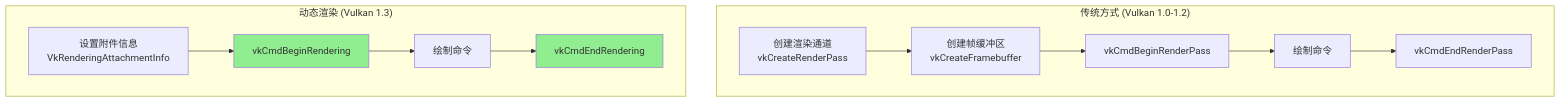
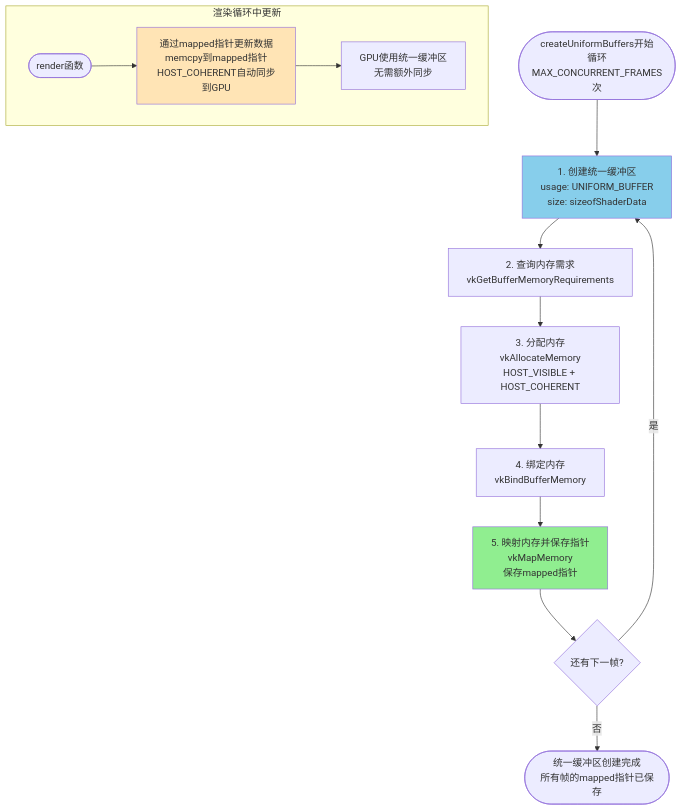
Before and after one commit to diandiandevelop/Vulkan: diagram 14 of 23 in fenxi/Vulkan框架模型文档.md, drawn with Mermaid. The commit also changed other lines of this file, not shown here.

````diff
--- a/fenxi/Vulkan框架模型文档.md
+++ b/fenxi/Vulkan框架模型文档.md
@@ -322,29 +1111,20 @@
 ```mermaid
-graph TB
-    subgraph "传统方式 (Vulkan 1.0-1.2)"
-        RenderPass1[创建渲染通道<br/>vkCreateRenderPass]
-        FrameBuffer1[创建帧缓冲区<br/>vkCreateFramebuffer]
-        BeginRP1[vkCmdBeginRenderPass]
-        Draw1[绘制命令]
-        EndRP1[vkCmdEndRenderPass]
-        
-        RenderPass1 --> FrameBuffer1
-        FrameBuffer1 --> BeginRP1
-        BeginRP1 --> Draw1
-        Draw1 --> EndRP1
+flowchart TD
+    Start([createUniformBuffers开始<br/>循环MAX_CONCURRENT_FRAMES次]) --> CreateUniformBuf[1. 创建统一缓冲区<br/>usage: UNIFORM_BUFFER<br/>size: sizeofShaderData]
+    CreateUniformBuf --> QueryMemReq[2. 查询内存需求<br/>vkGetBufferMemoryRequirements]
+    QueryMemReq --> AllocMem[3. 分配内存<br/>vkAllocateMemory<br/>HOST_VISIBLE + HOST_COHERENT]
+    AllocMem --> BindMem[4. 绑定内存<br/>vkBindBufferMemory]
+    BindMem --> MapMem[5. 映射内存并保存指针<br/>vkMapMemory<br/>保存mapped指针]
+    MapMem --> NextFrame{还有下一帧?}
+    NextFrame -->|是| CreateUniformBuf
+    NextFrame -->|否| End([统一缓冲区创建完成<br/>所有帧的mapped指针已保存])
+    
+    subgraph "渲染循环中更新"
+        RenderLoop([render函数]) --> UpdateData[通过mapped指针更新数据<br/>memcpy到mapped指针<br/>HOST_COHERENT自动同步到GPU]
+        UpdateData --> UseBuffer[GPU使用统一缓冲区<br/>无需额外同步]
     end
     
-    subgraph "动态渲染 (Vulkan 1.3)"
-        SetupAttach[设置附件信息<br/>VkRenderingAttachmentInfo]
-        BeginRendering[vkCmdBeginRendering]
-        Draw2[绘制命令]
-        EndRendering[vkCmdEndRendering]
-        
-        SetupAttach --> BeginRendering
-        BeginRendering --> Draw2
-        Draw2 --> EndRendering
-    end
-    
-    style BeginRendering fill:#90EE90
-    style EndRendering fill:#90EE90
+    style CreateUniformBuf fill:#87CEEB
+    style MapMem fill:#90EE90
+    style UpdateData fill:#FFE4B5
 ```
````
